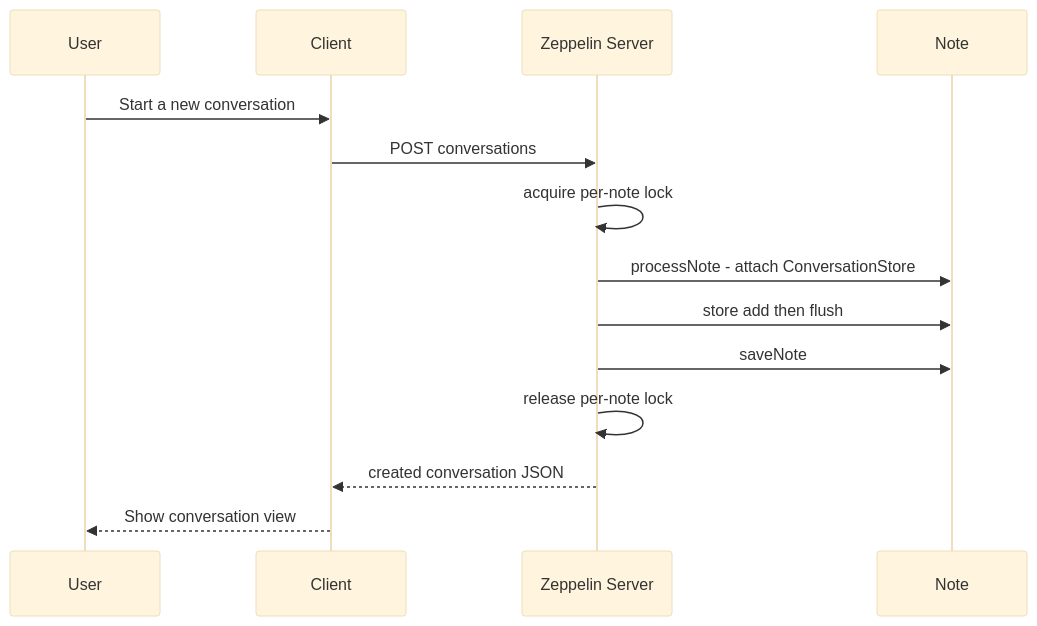
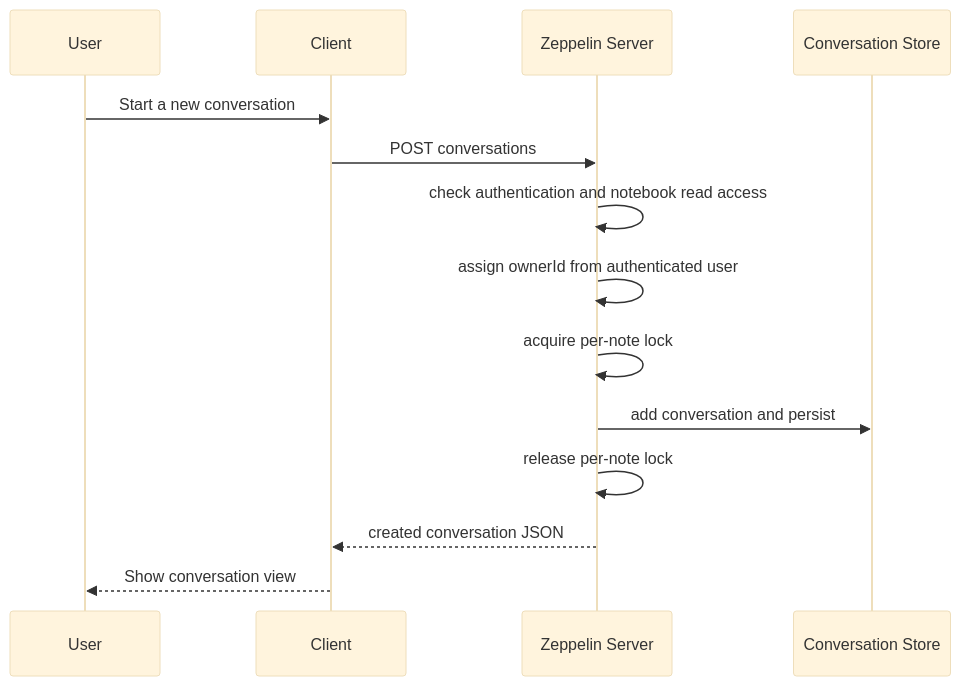
Before and after one commit to seung-00/zeppelin: the first of 3 diagrams in docs/notebook-assistant-ssd.md, drawn with Mermaid (base theme). The commit also changed other lines of this file and 1 other file, not shown here.

````diff
--- a/docs/notebook-assistant-ssd.md
+++ b/docs/notebook-assistant-ssd.md
@@ -209,17 +224,17 @@
 ```mermaid
 sequenceDiagram
     participant U as User
     participant C as Client
     participant S as Zeppelin Server
-    participant N as Note
+    participant D as Conversation Store
 
     U->>C: Start a new conversation
     C->>S: POST conversations
+    S->>S: check authentication and notebook read access
+    S->>S: assign ownerId from authenticated user
     S->>S: acquire per-note lock
-    S->>N: processNote - attach ConversationStore
-    S->>N: store add then flush
-    S->>N: saveNote
+    S->>D: add conversation and persist
     S->>S: release per-note lock
     S-->>C: created conversation JSON
     C-->>U: Show conversation view
 ```
````
